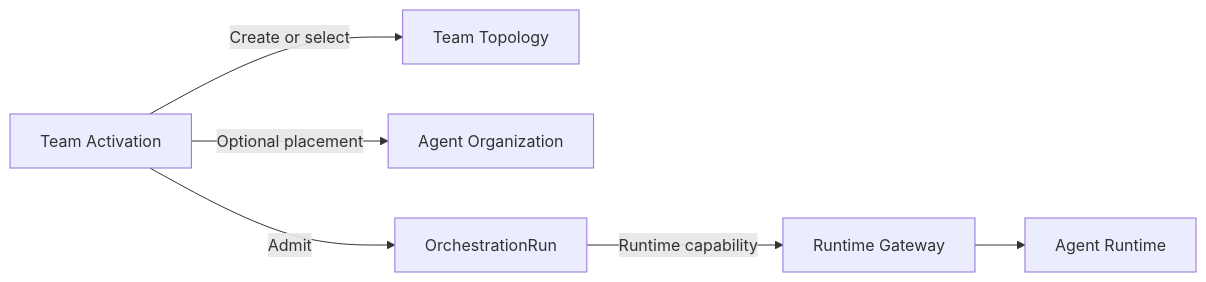
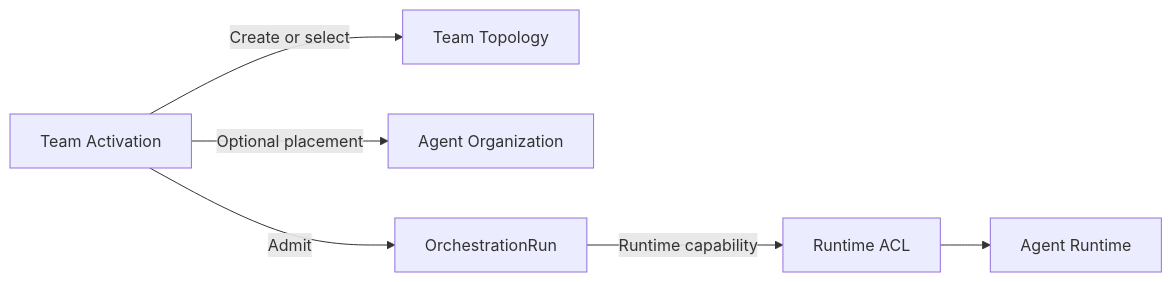
One commit to agent-teams-ai/agent-teams-orchestrator changed the diagram in docs/domain/contexts/run-orchestration/README.md. Above: the diagram before and after it, drawn with Mermaid. The commit also changed 21 other files, not shown here.

First line of the commit message:
docs(architecture): reconcile accepted authority drift (#59)

````diff
--- a/docs/domain/contexts/run-orchestration/README.md
+++ b/docs/domain/contexts/run-orchestration/README.md
@@ -44,8 +44,8 @@
 ```mermaid
 flowchart LR
     Activation["Team Activation"] -->|"Create or select"| Team["Team Topology"]
     Activation -->|"Optional placement"| Organization["Agent Organization"]
     Activation -->|"Admit"| Run["OrchestrationRun"]
-    Run -->|"Runtime capability"| Gateway["Runtime Gateway"]
+    Run -->|"Runtime capability"| Gateway["Runtime ACL"]
     Gateway --> AR["Agent Runtime"]
 ```
````
